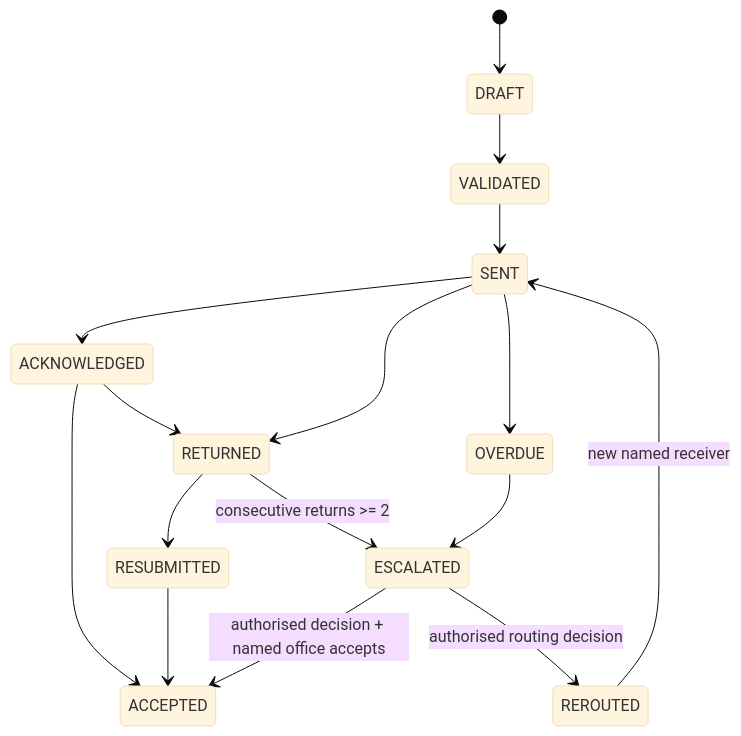
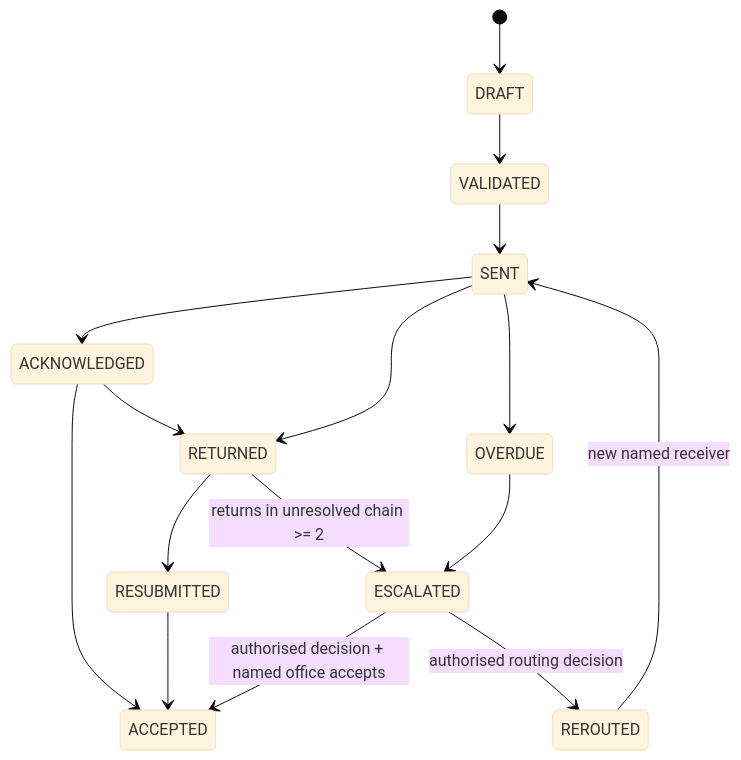
One commit to shahriar6130/Res-Judicata-Digitalis changed the eighth of 12 diagrams in docs/architecture/architecture.md. Above: the diagram before and after it, drawn with Mermaid (base theme). The commit also changed other lines of this file and 6 other files, not shown here.

````diff
--- a/docs/architecture/architecture.md
+++ b/docs/architecture/architecture.md
@@ -611,18 +616,18 @@
 ```mermaid
 stateDiagram-v2
     [*] --> DRAFT
     DRAFT --> VALIDATED
     VALIDATED --> SENT
     SENT --> ACKNOWLEDGED
     ACKNOWLEDGED --> ACCEPTED
     SENT --> RETURNED
     ACKNOWLEDGED --> RETURNED
     SENT --> OVERDUE
     RETURNED --> RESUBMITTED
     RESUBMITTED --> ACCEPTED
-    RETURNED --> ESCALATED: consecutive returns >= 2
+    RETURNED --> ESCALATED: returns in unresolved chain >= 2
     OVERDUE --> ESCALATED
     ESCALATED --> ACCEPTED: authorised decision + named office accepts
     ESCALATED --> REROUTED: authorised routing decision
     REROUTED --> SENT: new named receiver
 ```
````
